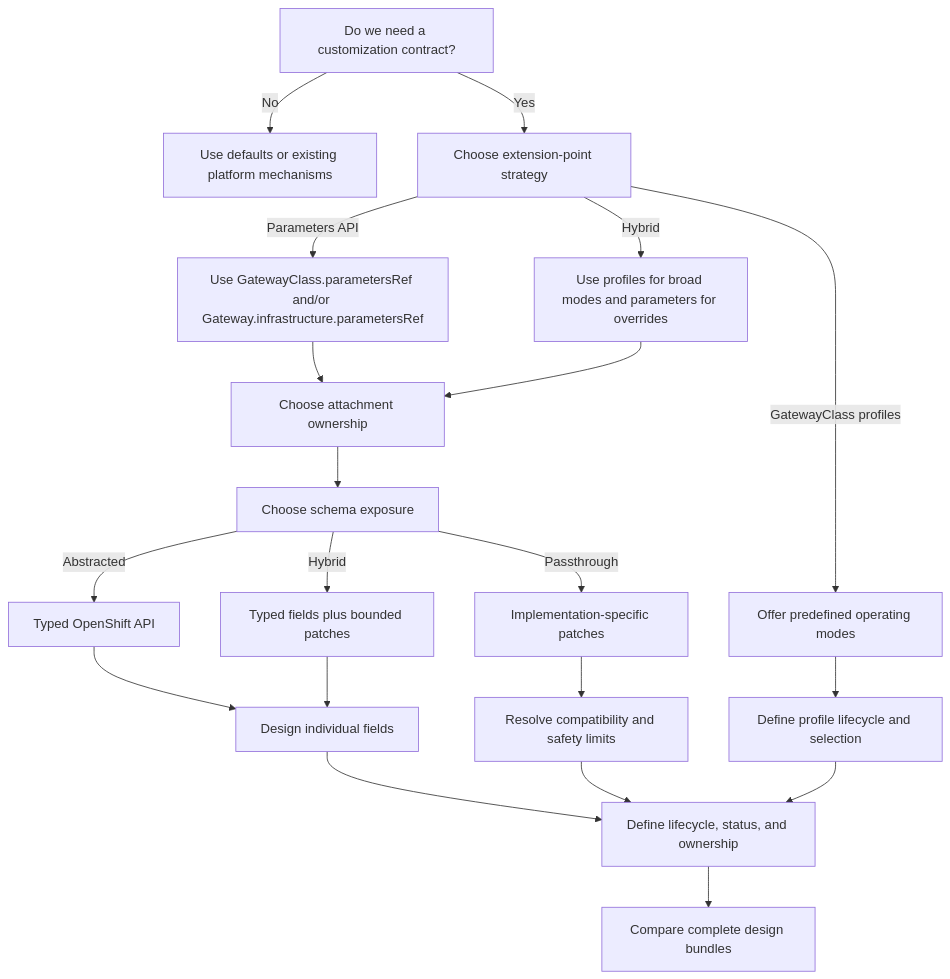
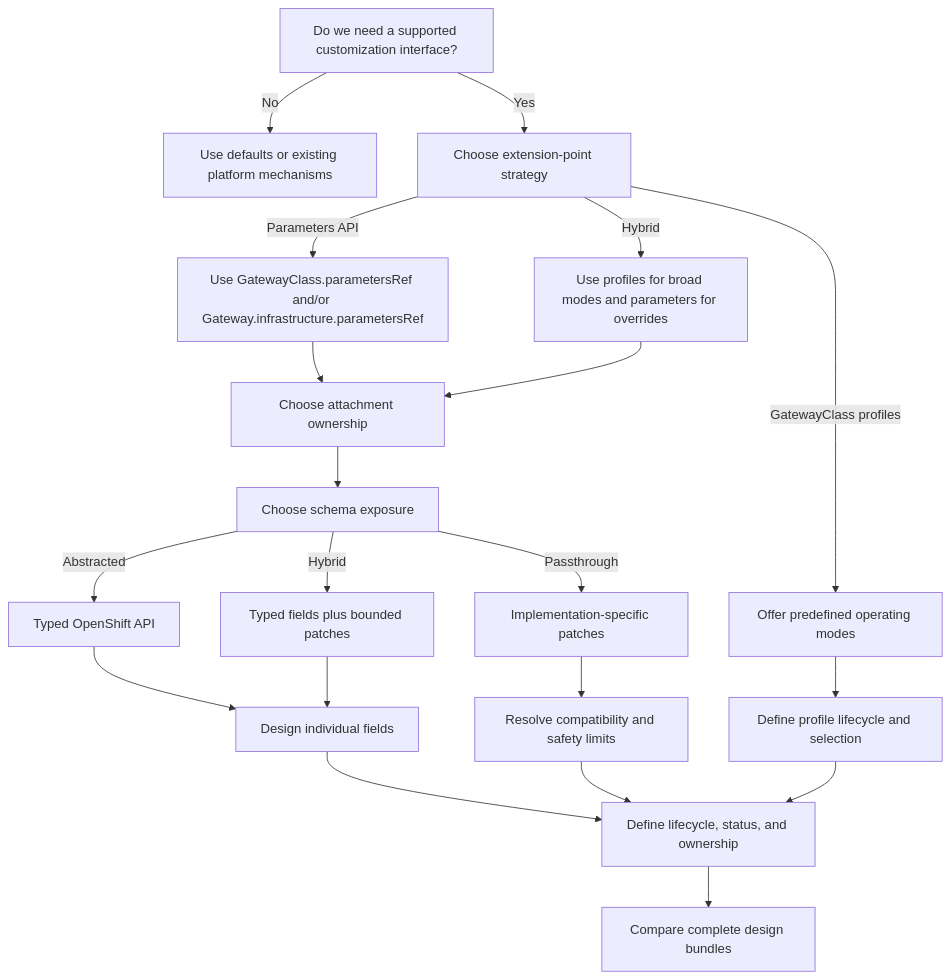
Before and after one commit to gcs278/cluster-ingress-operator: the diagram in docs/gateway-customization/decision-framework.md, drawn with Mermaid. The commit also changed other lines of this file and 1 other file, not shown here.

Commit message:
Clarify customization interface terminology

````diff
--- a/docs/gateway-customization/decision-framework.md
+++ b/docs/gateway-customization/decision-framework.md
@@ -5,22 +5,22 @@
 ```mermaid
 flowchart TD
-    A[Do we need a customization contract?] -->|No| B[Use defaults or existing platform mechanisms]
+    A[Do we need a supported customization interface?] -->|No| B[Use defaults or existing platform mechanisms]
     A -->|Yes| C[Choose extension-point strategy]
     C -->|Parameters API| D[Use GatewayClass.parametersRef and/or Gateway.infrastructure.parametersRef]
     C -->|GatewayClass profiles| E[Offer predefined operating modes]
     C -->|Hybrid| F[Use profiles for broad modes and parameters for overrides]
     D --> G[Choose attachment ownership]
     F --> G
     E --> H[Define profile lifecycle and selection]
     G --> I[Choose schema exposure]
     I -->|Abstracted| J[Typed OpenShift API]
     I -->|Passthrough| K[Implementation-specific patches]
     I -->|Hybrid| L[Typed fields plus bounded patches]
     J --> M[Design individual fields]
     L --> M
     K --> N[Resolve compatibility and safety limits]
     M --> O[Define lifecycle, status, and ownership]
     N --> O
     H --> O
     O --> P[Compare complete design bundles]
 ```
````
